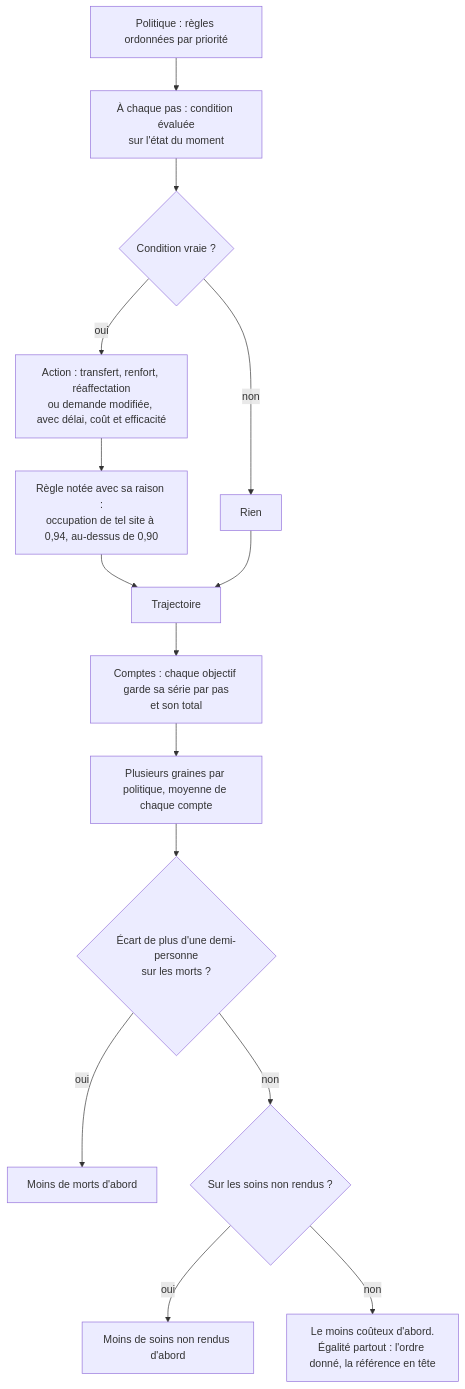
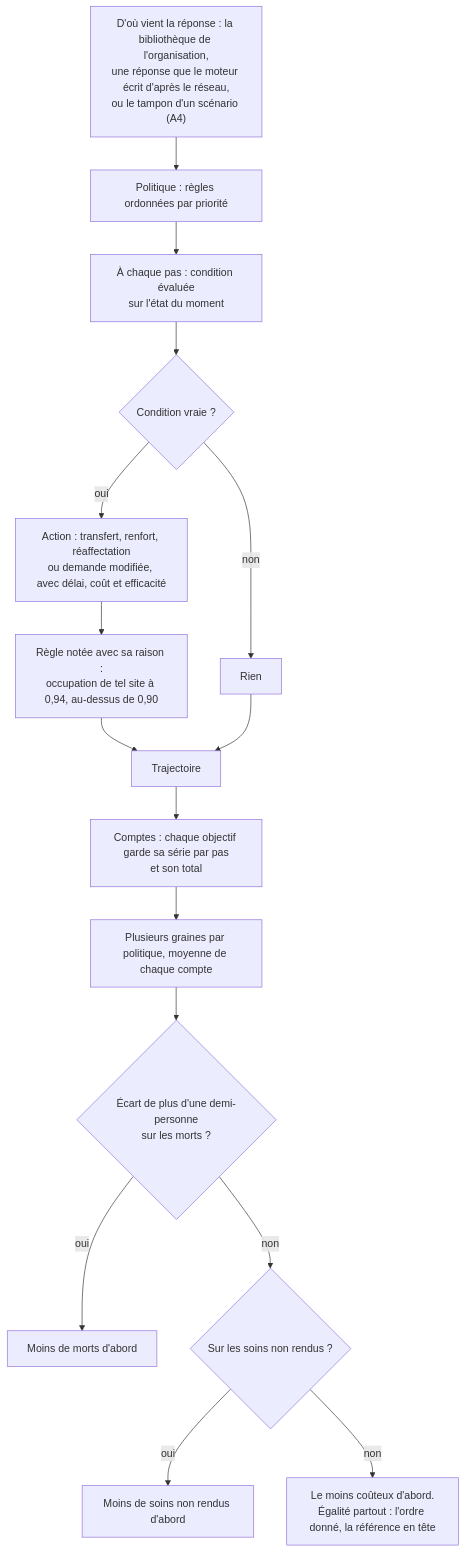
Diagram 17 of 33 in docs/algorithms.md (V1ktor7/obscyro), drawn with Mermaid before and after one commit. The commit also changed other lines of this file and 28 other files, not shown here.

````diff
--- a/docs/algorithms.md
+++ b/docs/algorithms.md
@@ -641,17 +657,18 @@
 ```mermaid
 flowchart TD
+    A0["D'où vient la réponse : la bibliothèque de l'organisation,<br/>une réponse que le moteur écrit d'après le réseau,<br/>ou le tampon d'un scénario (A4)"] --> A
     A["Politique : règles ordonnées par priorité"] --> B["À chaque pas : condition évaluée<br/>sur l'état du moment"]
     B --> C{"Condition vraie ?"}
     C -->|"oui"| D["Action : transfert, renfort, réaffectation<br/>ou demande modifiée, avec délai, coût et efficacité"]
     C -->|"non"| E["Rien"]
     D --> F["Règle notée avec sa raison :<br/>occupation de tel site à 0,94, au-dessus de 0,90"]
     F --> G["Trajectoire"]
     E --> G
     G --> H["Comptes : chaque objectif garde sa série par pas<br/>et son total"]
     H --> I["Plusieurs graines par politique, moyenne de chaque compte"]
     I --> J{"Écart de plus d'une demi-personne<br/>sur les morts ?"}
     J -->|"oui"| K["Moins de morts d'abord"]
     J -->|"non"| L{"Sur les soins non rendus ?"}
     L -->|"oui"| M["Moins de soins non rendus d'abord"]
     L -->|"non"| N["Le moins coûteux d'abord.<br/>Égalité partout : l'ordre donné, la référence en tête"]
 ```
````
